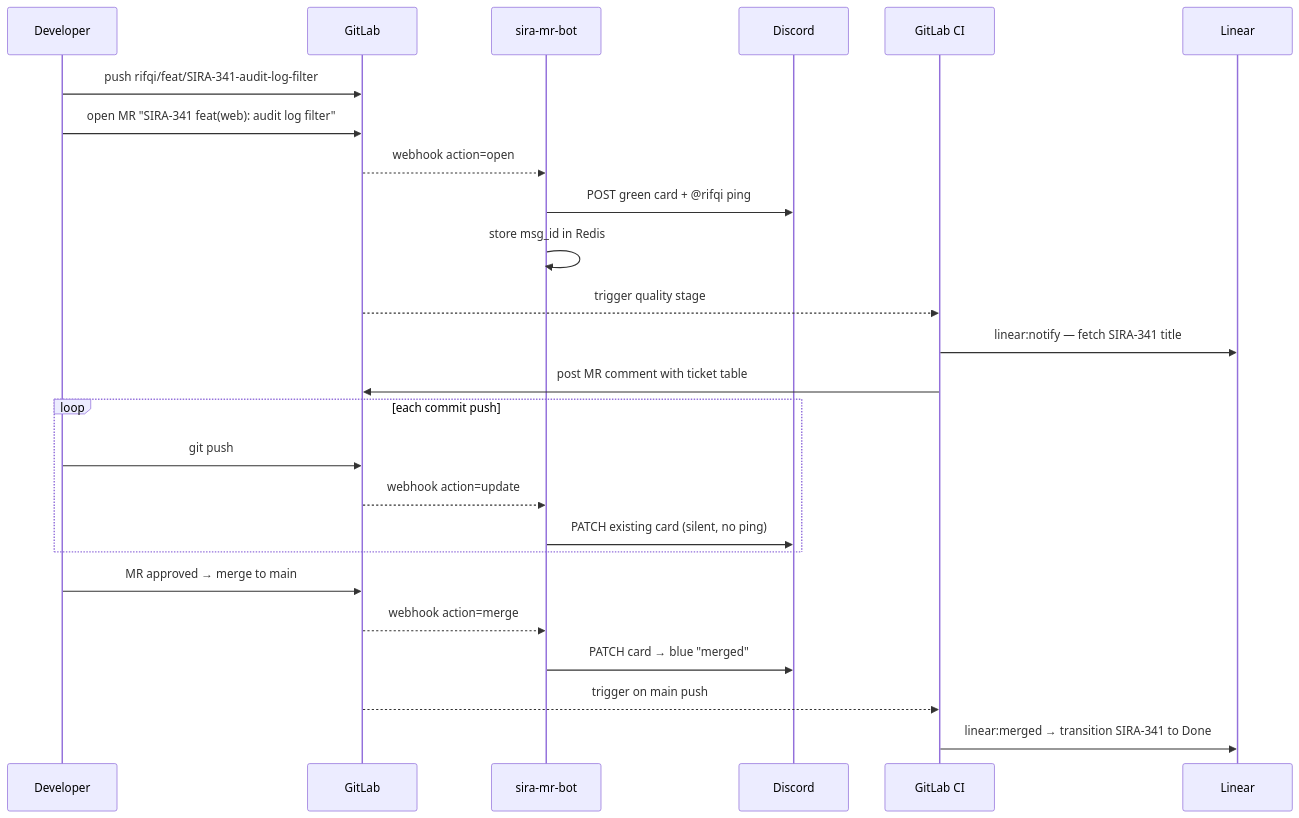
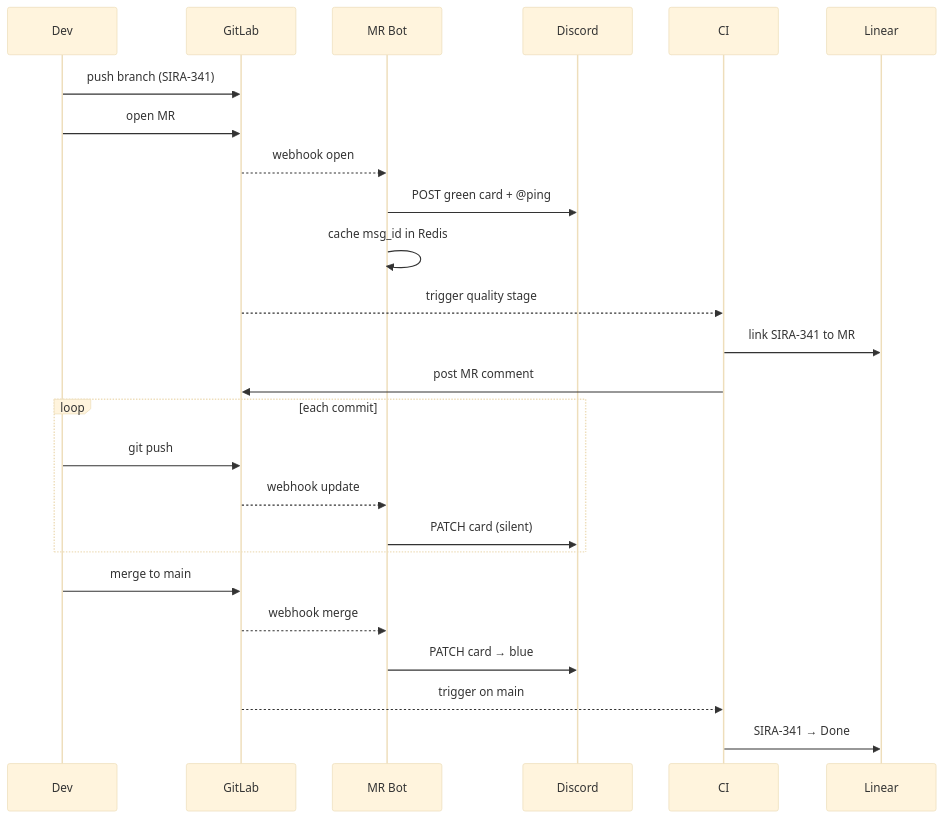
One commit to Qenthm/ppl-blog changed the third of 3 diagrams in content/posts/discord-linear-dev-workflow.md. Above: the diagram before and after it, drawn with Mermaid. The commit also changed other lines of this file, not shown here.

Commit message:
post: tighten Mermaid diagram labels in discord-linear-dev-workflow

````diff
--- a/content/posts/discord-linear-dev-workflow.md
+++ b/content/posts/discord-linear-dev-workflow.md
@@ -333,31 +341,31 @@
 ```mermaid
+%%{init: {'theme': 'base', 'themeVariables': {'fontSize': '16px'}}}%%
 sequenceDiagram
-    participant Dev as Developer
-    participant Git as GitLab
-    participant Bot as sira-mr-bot
-    participant DC as Discord
-    participant CI as GitLab CI
-    participant LN as Linear
+    participant Dev
+    participant GitLab
+    participant Bot as MR Bot
+    participant Discord
+    participant CI
+    participant Linear
 
-    Dev->>Git: push rifqi/feat/SIRA-341-audit-log-filter
-    Dev->>Git: open MR "SIRA-341 feat(web): audit log filter"
-    Git-->>Bot: webhook action=open
-    Bot->>DC: POST green card + @rifqi ping
-    Bot->>Bot: store msg_id in Redis
+    Dev->>GitLab: push branch (SIRA-341)
+    Dev->>GitLab: open MR
+    GitLab-->>Bot: webhook open
+    Bot->>Discord: POST green card + @ping
+    Bot->>Bot: cache msg_id in Redis
+    GitLab-->>CI: trigger quality stage
+    CI->>Linear: link SIRA-341 to MR
+    CI->>GitLab: post MR comment
 
-    Git-->>CI: trigger quality stage
-    CI->>LN: linear:notify — fetch SIRA-341 title
-    CI->>Git: post MR comment with ticket table
-
-    loop each commit push
-        Dev->>Git: git push
-        Git-->>Bot: webhook action=update
-        Bot->>DC: PATCH existing card (silent, no ping)
+    loop each commit
+        Dev->>GitLab: git push
+        GitLab-->>Bot: webhook update
+        Bot->>Discord: PATCH card (silent)
     end
 
-    Dev->>Git: MR approved → merge to main
-    Git-->>Bot: webhook action=merge
-    Bot->>DC: PATCH card → blue "merged"
-    Git-->>CI: trigger on main push
-    CI->>LN: linear:merged → transition SIRA-341 to Done
+    Dev->>GitLab: merge to main
+    GitLab-->>Bot: webhook merge
+    Bot->>Discord: PATCH card → blue
+    GitLab-->>CI: trigger on main
+    CI->>Linear: SIRA-341 → Done
 ```
````
